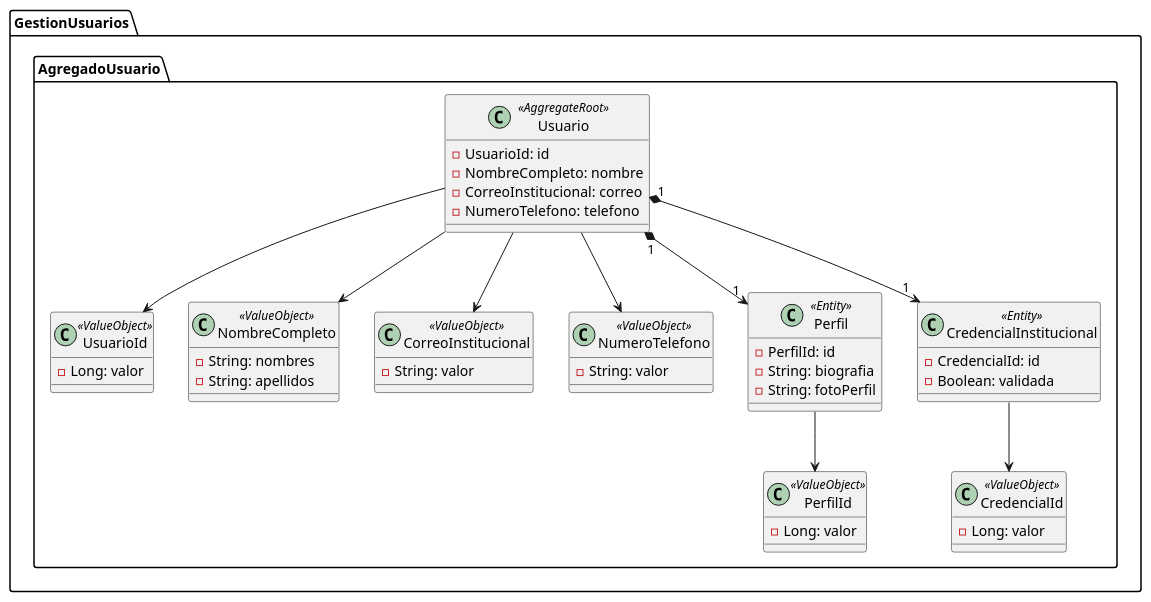
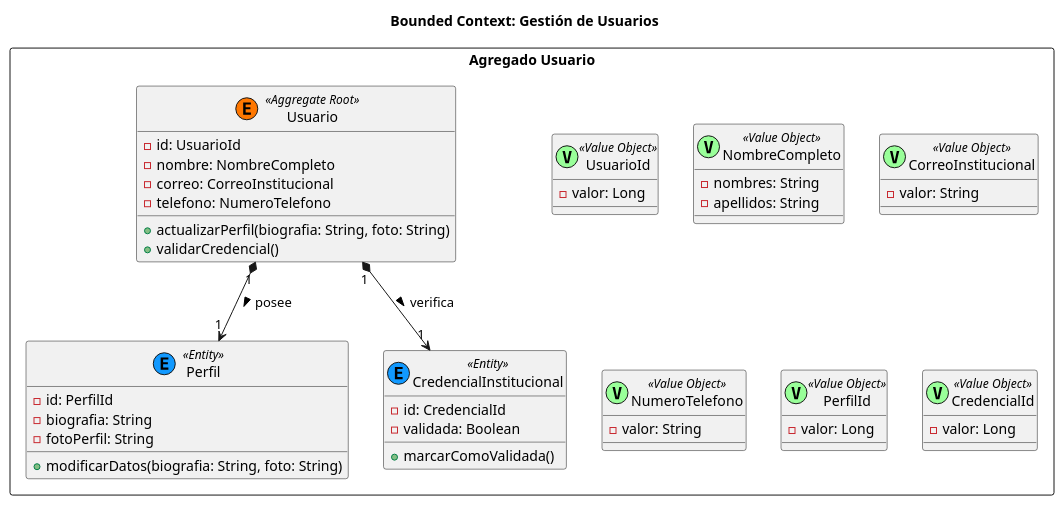
The diagram in Bounded Context/Gestión de Usuarios.puml (Richard-suv/UML-PROYECTO), drawn with PlantUML before and after one commit. The commit also changed 17 other files, not shown here.

```diff
--- a/Bounded Context/Gestión de Usuarios.puml
+++ b/Bounded Context/Gestión de Usuarios.puml
@@ -1,63 +1,62 @@
-@startuml ""
+@startuml
+skinparam handwritten false
+skinparam monochrome false
+skinparam packageStyle rect
+skinparam shadowing false
 
-package GestionUsuarios {
+title Bounded Context: Gestión de Usuarios
 
-    package AgregadoUsuario {
+package "Agregado Usuario" <<Rectangle>> {
+    class Usuario << (E,#FF7700) Aggregate Root >> {
+        - id: UsuarioId
+        - nombre: NombreCompleto
+        - correo: CorreoInstitucional
+        - telefono: NumeroTelefono
+        + actualizarPerfil(biografia: String, foto: String)
+        + validarCredencial()
+    }
 
-        class Usuario <<AggregateRoot>> {
-            - UsuarioId: id
-            - NombreCompleto: nombre
-            - CorreoInstitucional: correo
-            - NumeroTelefono: telefono
-        }
+    class UsuarioId << (V,#99FF99) Value Object >> {
+        - valor: Long
+    }
 
-        class UsuarioId <<ValueObject>> {
-            - Long: valor
-        }
+    class NombreCompleto << (V,#99FF99) Value Object >> {
+        - nombres: String
+        - apellidos: String
+    }
 
-        class NombreCompleto <<ValueObject>> {
-            - String: nombres
-            - String: apellidos
-        }
+    class CorreoInstitucional << (V,#99FF99) Value Object >> {
+        - valor: String
+    }
 
-        class CorreoInstitucional <<ValueObject>> {
-            - String: valor
-        }
+    class NumeroTelefono << (V,#99FF99) Value Object >> {
+        - valor: String
+    }
 
-        class NumeroTelefono <<ValueObject>> {
-            - String: valor
-        }
+    class Perfil << (E,#1199FF) Entity >> {
+        - id: PerfilId
+        - biografia: String
+        - fotoPerfil: String
+        + modificarDatos(biografia: String, foto: String)
+    }
 
-        class Perfil <<Entity>> {
-            - PerfilId: id
-            - String: biografia
-            - String: fotoPerfil
-        }
+    class PerfilId << (V,#99FF99) Value Object >> {
+        - valor: Long
+    }
 
-        class PerfilId <<ValueObject>> {
-            - Long: valor
-        }
+    class CredencialInstitucional << (E,#1199FF) Entity >> {
+        - id: CredencialId
+        - validada: Boolean
+        + marcarComoValidada()
+    }
 
-        class CredencialInstitucional <<Entity>> {
-            - CredencialId: id
-            - Boolean: validada
-        }
-
-        class CredencialId <<ValueObject>> {
-            - Long: valor
-        }
+    class CredencialId << (V,#99FF99) Value Object >> {
+        - valor: Long
     }
 }
 
-Usuario --> UsuarioId
-Usuario --> NombreCompleto
-Usuario --> CorreoInstitucional
-Usuario --> NumeroTelefono
-
-Usuario "1" *--> "1" Perfil
-Usuario "1" *--> "1" CredencialInstitucional
-
-Perfil --> PerfilId
-CredencialInstitucional --> CredencialId
+' Relaciones estructurales del Agregado
+Usuario "1" *--> "1" Perfil : posee >
+Usuario "1" *--> "1" CredencialInstitucional : verifica >
 
 @enduml
```
